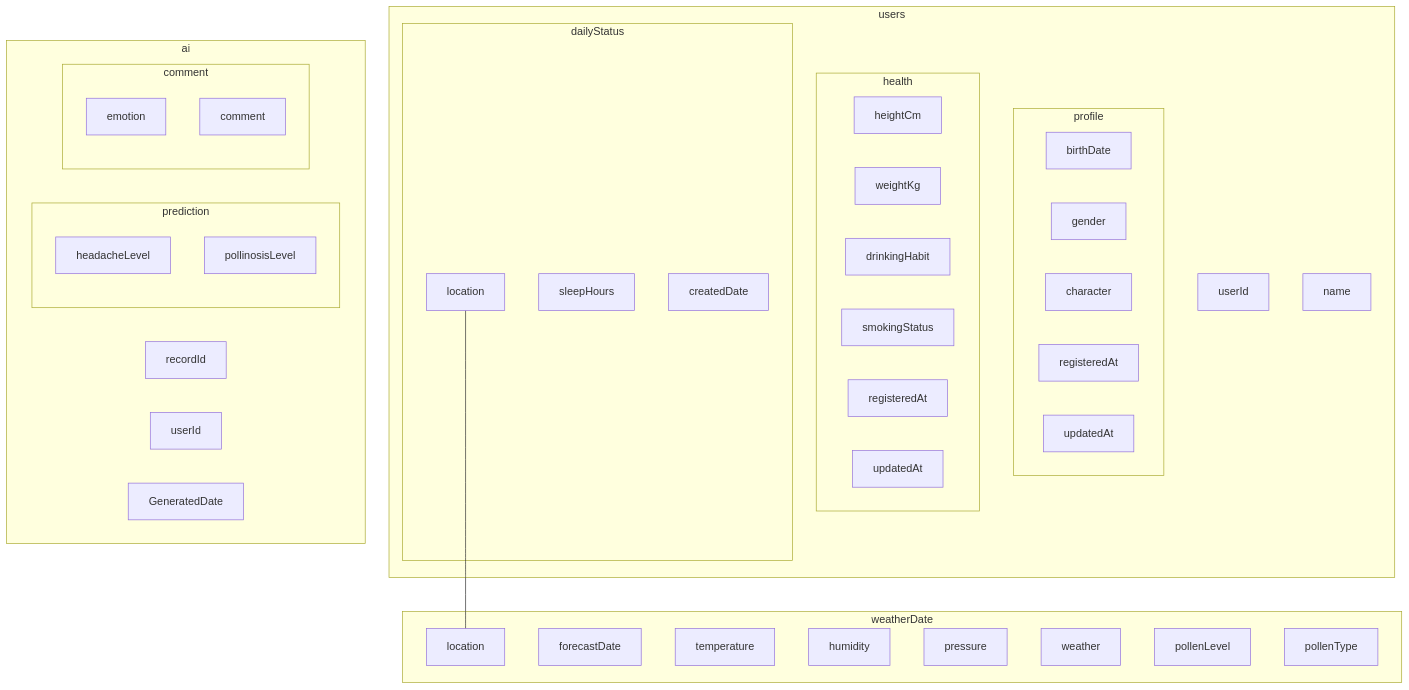
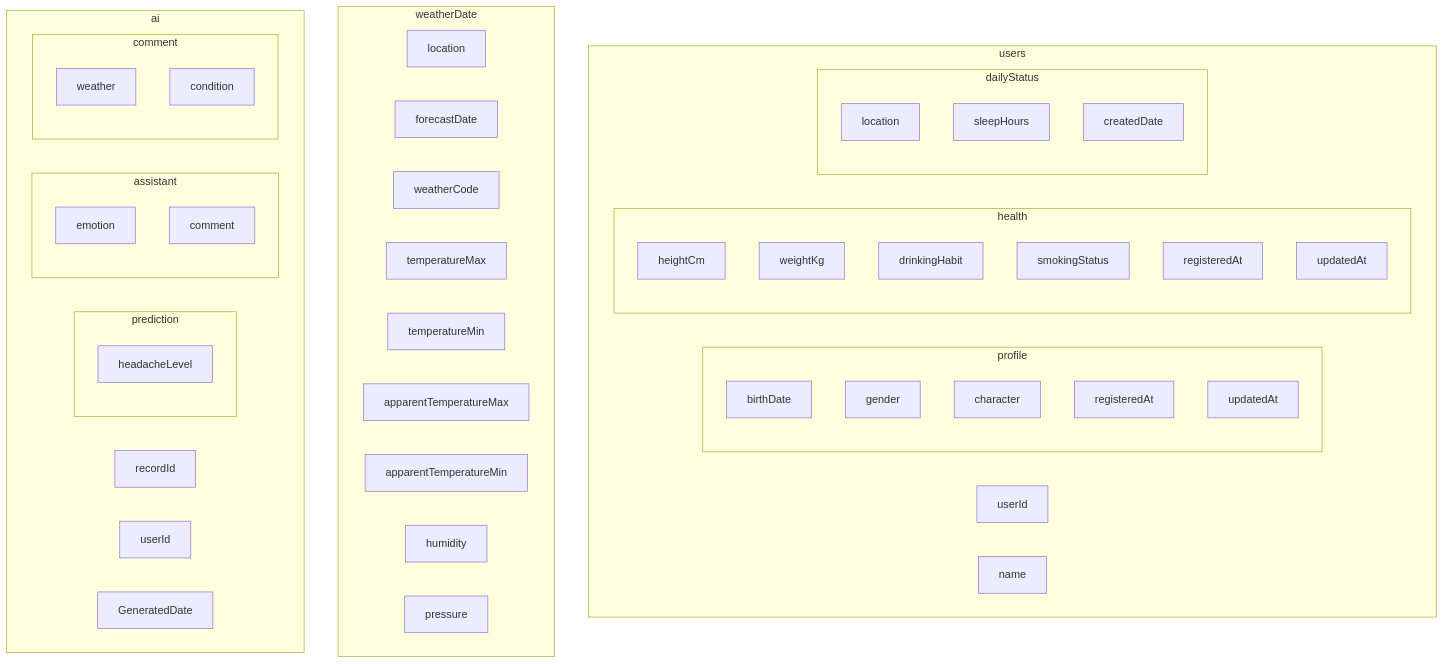
The diagram in doc/specs/database_design.md (TsunaKanSarada/ClearSky), drawn with Mermaid before and after one commit. The commit also changed other lines of this file, not shown here.

````diff
--- a/doc/specs/database_design.md
+++ b/doc/specs/database_design.md
@@ -105,70 +103,74 @@
 ```mermaid
 %% Top-Bottom形式で表示
 flowchart TB
 
   %% usersコレクション
   subgraph users
     user_id[userId]
     user_name[name]
 
     %% profileサブコレクション
     subgraph profile
       birth_date[birthDate]
       user_gender[gender]
       character[character]
       profile_registered[registeredAt]
       profile_updated[updatedAt]
     end
 
     %% healthサブコレクション
     subgraph health
       height[heightCm]
       weight[weightKg]
       drinking[drinkingHabit]
       smoking[smokingStatus]
       health_registered[registeredAt]
       health_updated[updatedAt]
     end
 
     %% dailyStatusサブコレクション
     subgraph dailyStatus
       user_location[location]
       sleep[sleepHours]
       daily_created[createdDate]
     end
   end
 
   %% weatherDataコレクション
   subgraph weatherDate
     weather_location[location]
     forecast[forecastDate]
-    temp[temperature]
+    weather_code[weatherCode]
+    temp_max[temperatureMax]
+    temp_min[temperatureMin]
+    app_temp_max[apparentTemperatureMax]
+    app_temp_min[apparentTemperatureMin]
     humid[humidity]
     press[pressure]
-    weather_status[weather]
-    pollen_level[pollenLevel]
-    pollen_type[pollenType]
   end
 
-  %% aiInteractionsコレクション
+  %% aiコレクション
   subgraph ai
     record_id[recordId]
     ai_user_id[userId]
     generated[GeneratedDate]
 
     %% predictionAIサブコレクション
     subgraph prediction
       headache[headacheLevel]
-      pollen[pollinosisLevel]
+    end
+
+    %% assistantAIサブコレクション
+    subgraph assistant
+      mood[emotion]
+      ai_comment[comment]
     end
 
     %% commentAIサブコレクション
     subgraph comment
-      mood[emotion]
-      ai_comment[comment]
+      info_comment[weather]
+      shown_comment[condition]
     end
   end
 
-
-  user_location[location] --- weather_location[location]
 ```
````
